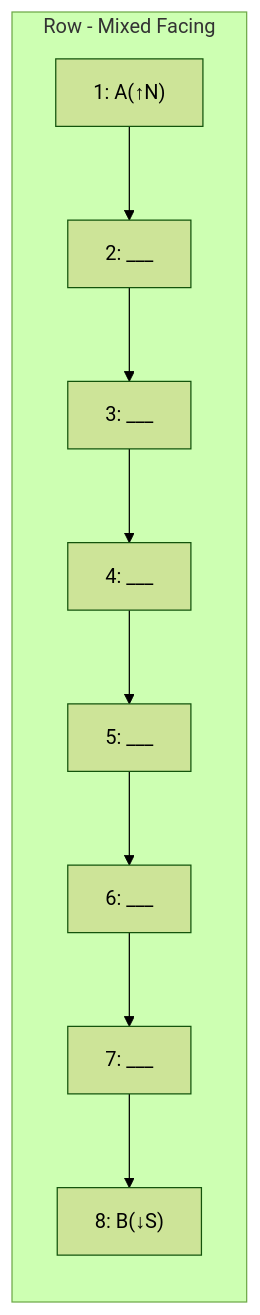
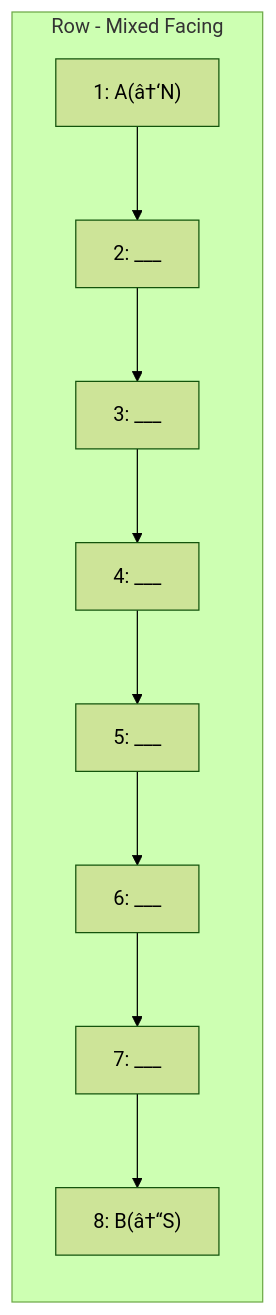
One commit to Raushan666java/ai-engineering-journey changed the sixth of 6 diagrams in docs/courses/reasoning-ability/02-seating-arrangements.md. Above: the diagram before and after it, drawn with Mermaid (forest theme). The commit also changed other lines of this file and 735 other files, not shown here.

````diff
--- a/docs/courses/reasoning-ability/02-seating-arrangements.md
+++ b/docs/courses/reasoning-ability/02-seating-arrangements.md
@@ -1205,6 +1205,6 @@
 ```mermaid
 flowchart LR
     subgraph MixedRow[Row - Mixed Facing]
-        P1["1: A(↑N)"] --> P2["2: ___"] --> P3["3: ___"] --> P4["4: ___"] --> P5["5: ___"] --> P6["6: ___"] --> P7["7: ___"] --> P8["8: B(↓S)"]
+        P1["1: A(â†‘N)"] --> P2["2: ___"] --> P3["3: ___"] --> P4["4: ___"] --> P5["5: ___"] --> P6["6: ___"] --> P7["7: ___"] --> P8["8: B(â†“S)"]
     end
 ```
````
